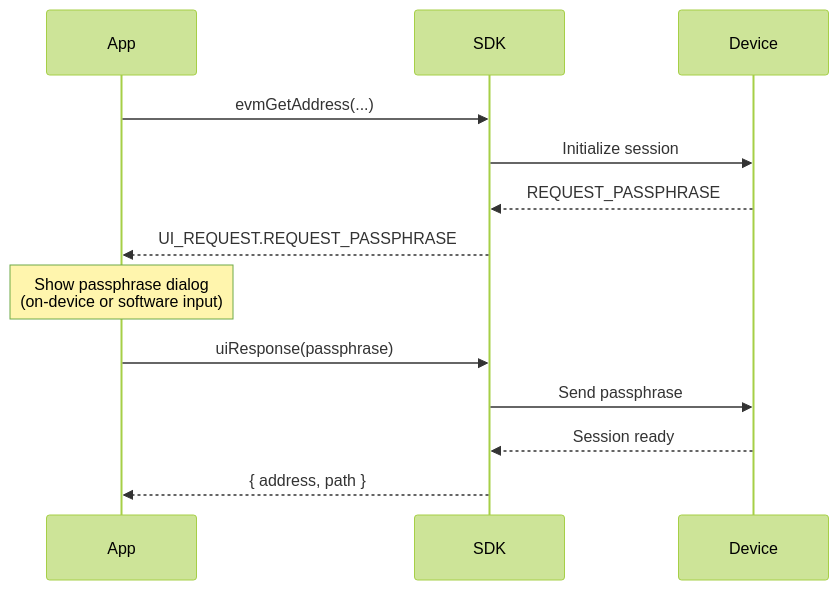
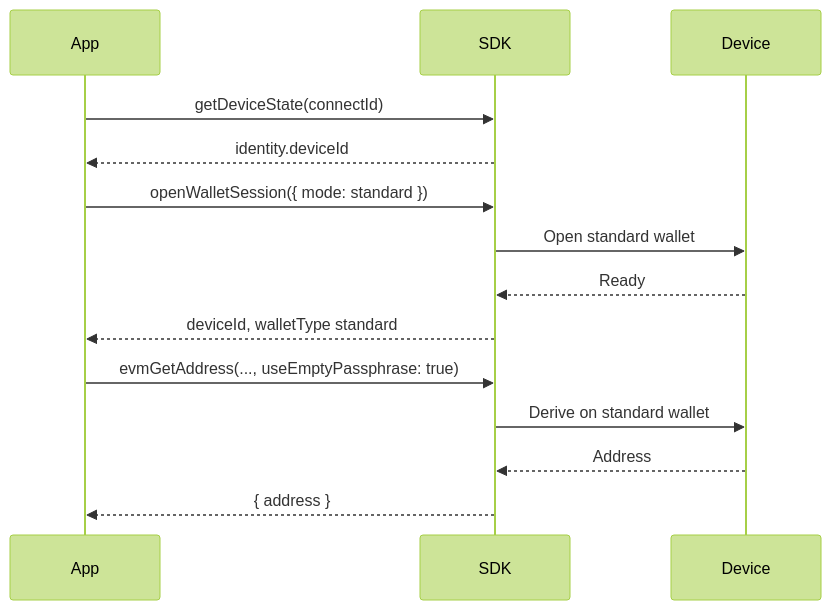
One commit to OneKeyHQ/hardware-js-sdk changed the first of 2 diagrams in packages/connect-examples/developer-portal/content/en/hardware-sdk/concepts/passphrase.mdx. Above: the diagram before and after it, drawn with Mermaid (forest theme). The commit also changed other lines of this file and 3 other files, not shown here.

Commit message:
docs: redraw passphrase and wallet-session flows on 1.2 APIs

````diff
--- a/packages/connect-examples/developer-portal/content/en/hardware-sdk/concepts/passphrase.mdx
+++ b/packages/connect-examples/developer-portal/content/en/hardware-sdk/concepts/passphrase.mdx
@@ -57,16 +36,17 @@
 ```mermaid
 sequenceDiagram
     participant App
     participant SDK
     participant Device
 
-    App->>SDK: evmGetAddress(...)
-    SDK->>Device: Initialize session
-    Device-->>SDK: REQUEST_PASSPHRASE
-    SDK-->>App: UI_REQUEST.REQUEST_PASSPHRASE
-    Note over App: Show passphrase dialog<br/>(on-device or software input)
-    App->>SDK: uiResponse(passphrase)
-    SDK->>Device: Send passphrase
-    Device-->>SDK: Session ready
-    SDK-->>App: { address, path }
+    App->>SDK: getDeviceState(connectId)
+    SDK-->>App: identity.deviceId
+    App->>SDK: openWalletSession({ mode: standard })
+    SDK->>Device: Open standard wallet
+    Device-->>SDK: Ready
+    SDK-->>App: deviceId, walletType standard
+    App->>SDK: evmGetAddress(..., useEmptyPassphrase: true)
+    SDK->>Device: Derive on standard wallet
+    Device-->>SDK: Address
+    SDK-->>App: { address }
 ```
````
